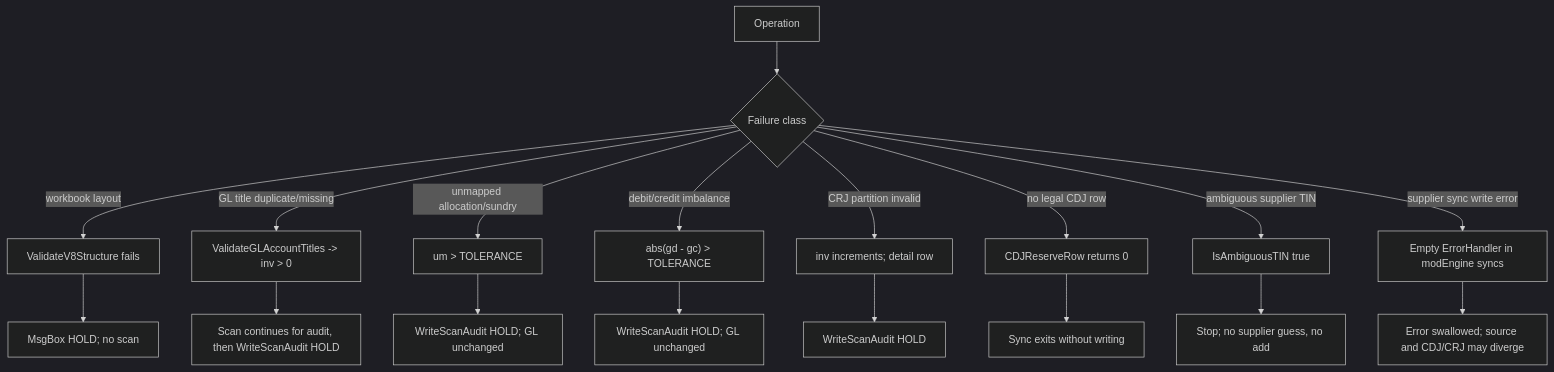
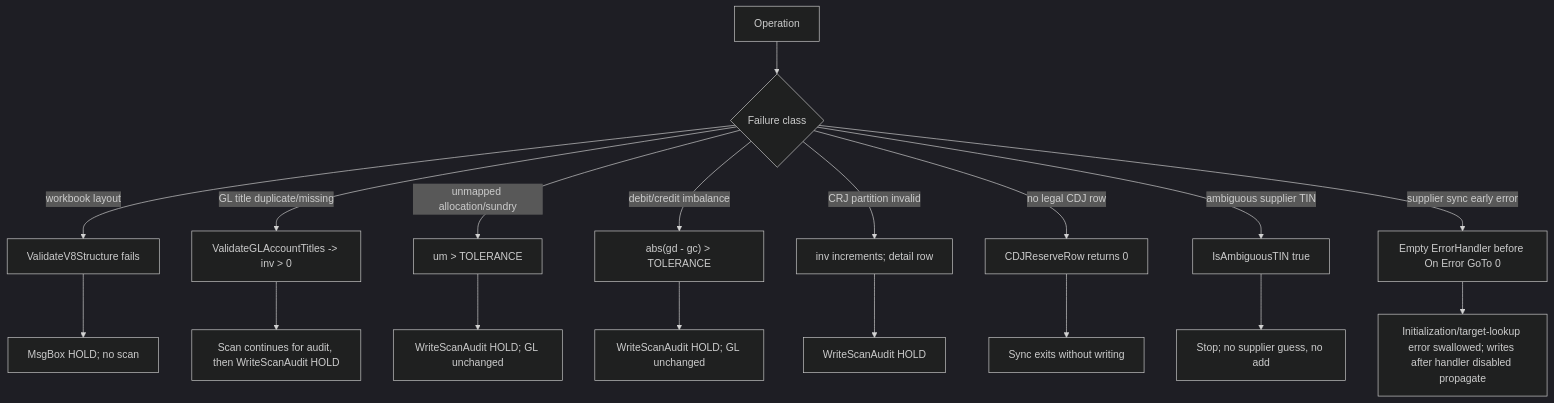
One commit to vitrixLab/jm-gs-vba-macro-v2 changed diagram 22 of 22 in VBA_CODE_FLOW.md. Above: the diagram before and after it, drawn with Mermaid (dark theme). The commit also changed other lines of this file, not shown here.

````diff
--- a/VBA_CODE_FLOW.md
+++ b/VBA_CODE_FLOW.md
@@ -878,20 +893,20 @@
 ```mermaid
 flowchart TD
     A["Operation"] --> B{"Failure class"}
     B -->|workbook layout| C["ValidateV8Structure fails"]
     C --> C1["MsgBox HOLD; no scan"]
     B -->|GL title duplicate/missing| D["ValidateGLAccountTitles -> inv > 0"]
     D --> D1["Scan continues for audit, then WriteScanAudit HOLD"]
     B -->|unmapped allocation/sundry| E["um > TOLERANCE"]
     E --> E1["WriteScanAudit HOLD; GL unchanged"]
     B -->|debit/credit imbalance| F["abs(gd - gc) > TOLERANCE"]
     F --> F1["WriteScanAudit HOLD; GL unchanged"]
     B -->|CRJ partition invalid| G["inv increments; detail row"]
     G --> G1["WriteScanAudit HOLD"]
     B -->|no legal CDJ row| H["CDJReserveRow returns 0"]
     H --> H1["Sync exits without writing"]
     B -->|ambiguous supplier TIN| I["IsAmbiguousTIN true"]
     I --> I1["Stop; no supplier guess, no add"]
-    B -->|supplier sync write error| J["Empty ErrorHandler in modEngine syncs"]
-    J --> J1["Error swallowed; source and CDJ/CRJ may diverge"]
+    B -->|supplier sync early error| J["Empty ErrorHandler before On Error GoTo 0"]
+    J --> J1["Initialization/target-lookup error swallowed; writes after handler disabled propagate"]
 ```
````
